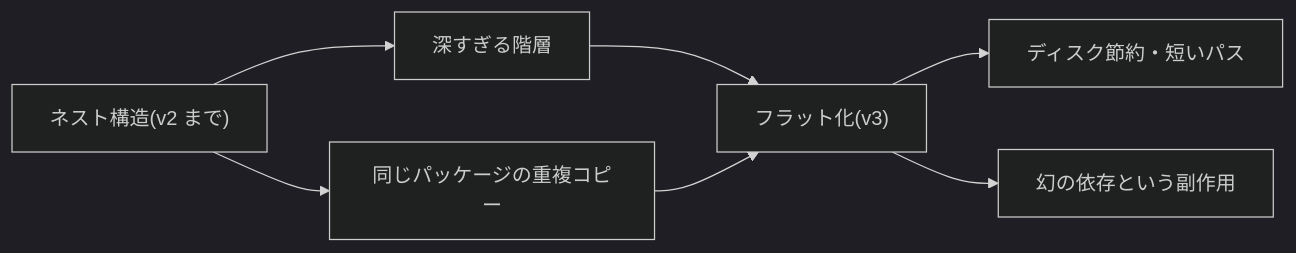
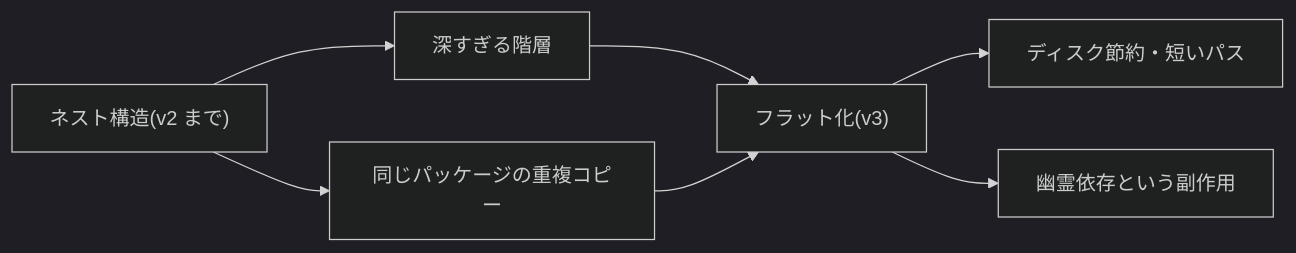
The first of 2 diagrams in docs/history/05-npm.md (yamauz/npmg), drawn with Mermaid (dark theme) before and after one commit. The commit also changed other lines of this file and 6 other files, not shown here.

````diff
--- a/docs/history/05-npm.md
+++ b/docs/history/05-npm.md
@@ -65,9 +65,9 @@
 ```mermaid
 flowchart LR
   nest["ネスト構造(v2 まで)"] --> deep["深すぎる階層"]
   nest --> dup["同じパッケージの重複コピー"]
   deep --> flat["フラット化(v3)"]
   dup --> flat
   flat --> good["ディスク節約・短いパス"]
-  flat --> phantom["幻の依存という副作用"]
+  flat --> phantom["幽霊依存という副作用"]
 ```
````
